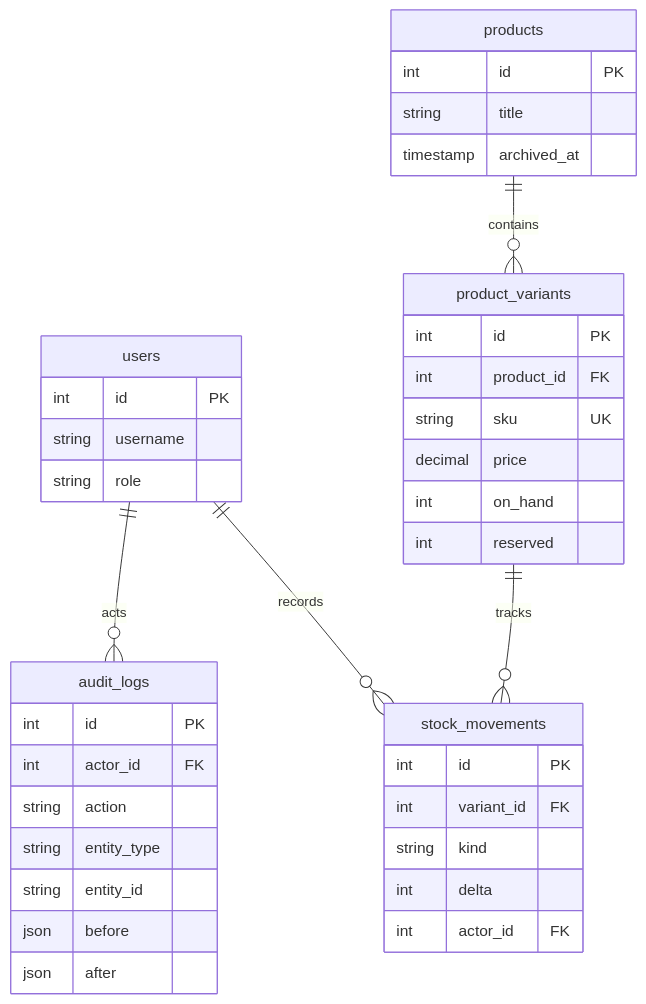
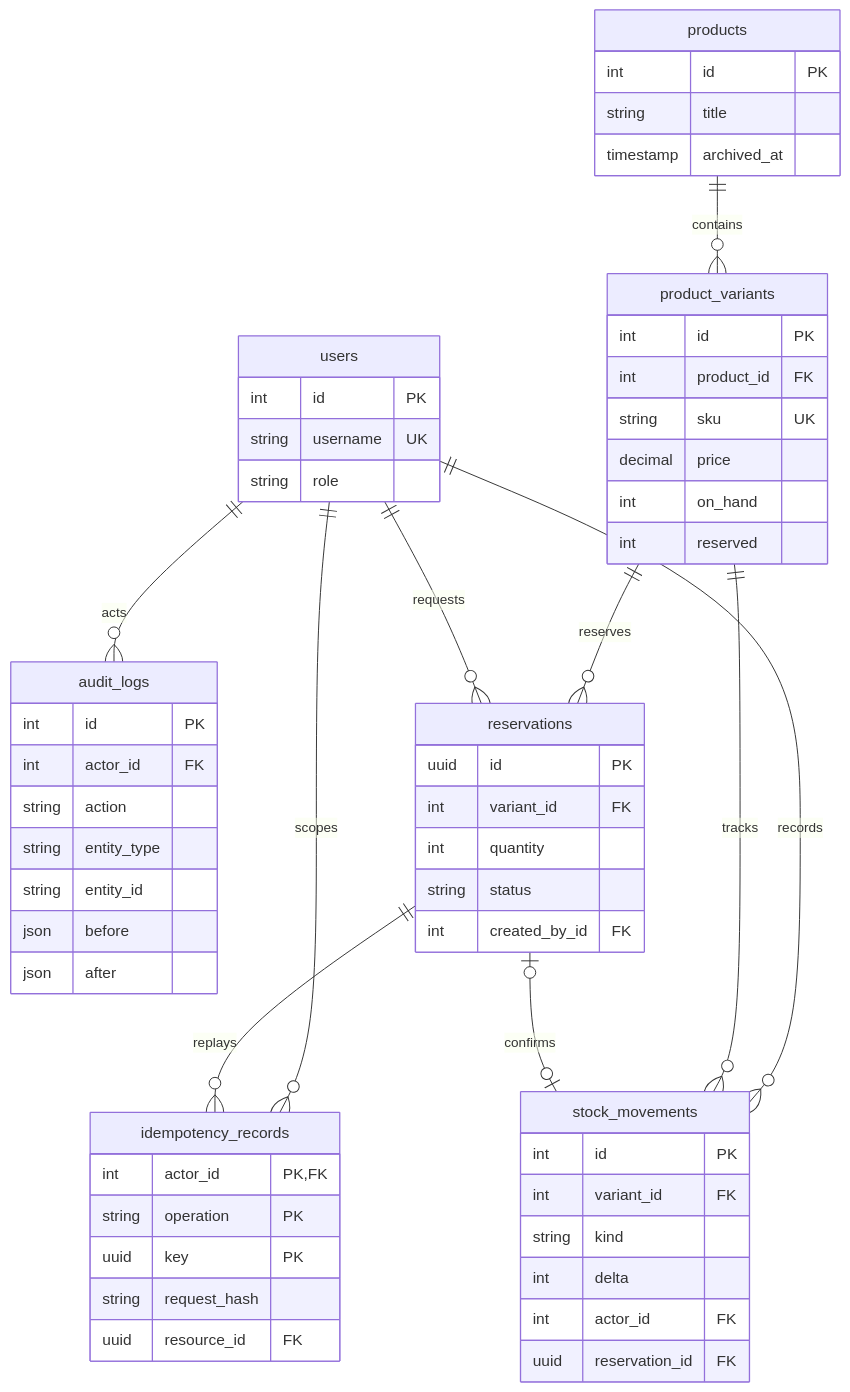
The first of 2 diagrams in docs/portfolio/inventory-case-study.md (kovalevshero/product-management), drawn with Mermaid before and after one commit. The commit also changed other lines of this file and 28 other files, not shown here.

Commit message:
feat: add idempotent stock reservations and atomic transitions

````diff
--- a/docs/portfolio/inventory-case-study.md
+++ b/docs/portfolio/inventory-case-study.md
@@ -7,12 +7,61 @@
 ```mermaid
 erDiagram
   users ||--o{ audit_logs : acts
   users ||--o{ stock_movements : records
   products ||--o{ product_variants : contains
   product_variants ||--o{ stock_movements : tracks
-  users { int id PK string username string role }
-  products { int id PK string title timestamp archived_at }
-  product_variants { int id PK int product_id FK string sku UK decimal price int on_hand int reserved }
-  stock_movements { int id PK int variant_id FK string kind int delta int actor_id FK }
-  audit_logs { int id PK int actor_id FK string action string entity_type string entity_id json before json after }
+  product_variants ||--o{ reservations : reserves
+  users ||--o{ reservations : requests
+  users ||--o{ idempotency_records : scopes
+  reservations ||--o{ idempotency_records : replays
+  reservations |o--o| stock_movements : confirms
+  users {
+    int id PK
+    string username UK
+    string role
+  }
+  products {
+    int id PK
+    string title
+    timestamp archived_at
+  }
+  product_variants {
+    int id PK
+    int product_id FK
+    string sku UK
+    decimal price
+    int on_hand
+    int reserved
+  }
+  stock_movements {
+    int id PK
+    int variant_id FK
+    string kind
+    int delta
+    int actor_id FK
+    uuid reservation_id FK
+  }
+  audit_logs {
+    int id PK
+    int actor_id FK
+    string action
+    string entity_type
+    string entity_id
+    json before
+    json after
+  }
+  reservations {
+    uuid id PK
+    int variant_id FK
+    int quantity
+    string status
+    int created_by_id FK
+  }
+  idempotency_records {
+    int actor_id PK,FK
+    string operation PK
+    uuid key PK
+    string request_hash
+    uuid resource_id FK
+  }
 ```
````
